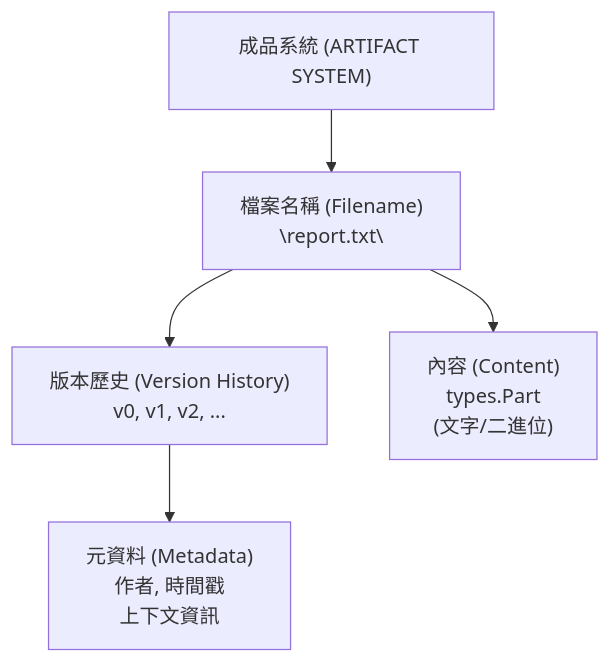
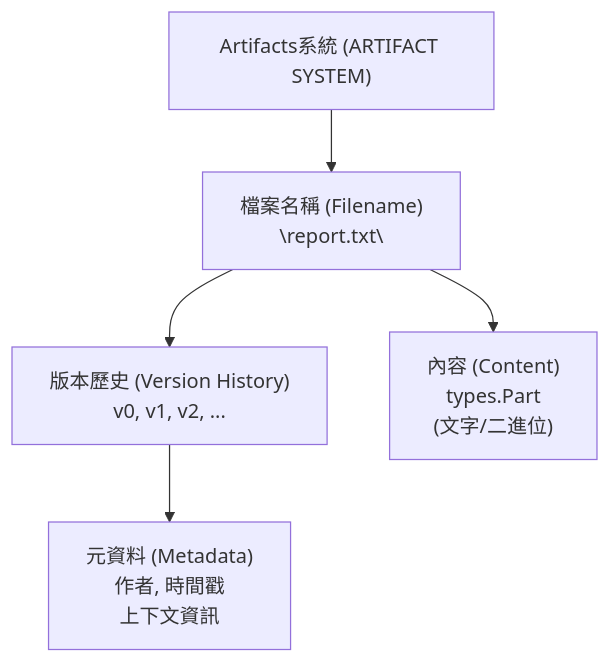
One commit to lastingyeh/google-adk-study changed the first of 8 diagrams in workspace/notes/google-adk-training-hub/adk_training/19-artifacts_files.md. Above: the diagram before and after it, drawn with Mermaid. The commit also changed other lines of this file and 9 other files, not shown here.

````diff
--- a/workspace/notes/google-adk-training-hub/adk_training/19-artifacts_files.md
+++ b/workspace/notes/google-adk-training-hub/adk_training/19-artifacts_files.md
@@ -66,8 +66,8 @@
 ```mermaid
 graph TD
-    A["成品系統 (ARTIFACT SYSTEM)"] --> B["檔案名稱 (Filename)<br/>\"report.txt\""]
+    A["Artifacts系統 (ARTIFACT SYSTEM)"] --> B["檔案名稱 (Filename)<br/>\"report.txt\""]
 
     B --> C["版本歷史 (Version History)<br/>v0, v1, v2, ..."]
     B --> D["內容 (Content)<br/>types.Part<br/>(文字/二進位)"]
     C --> E["元資料 (Metadata)<br/>作者, 時間戳<br/>上下文資訊"]
 ```
````
